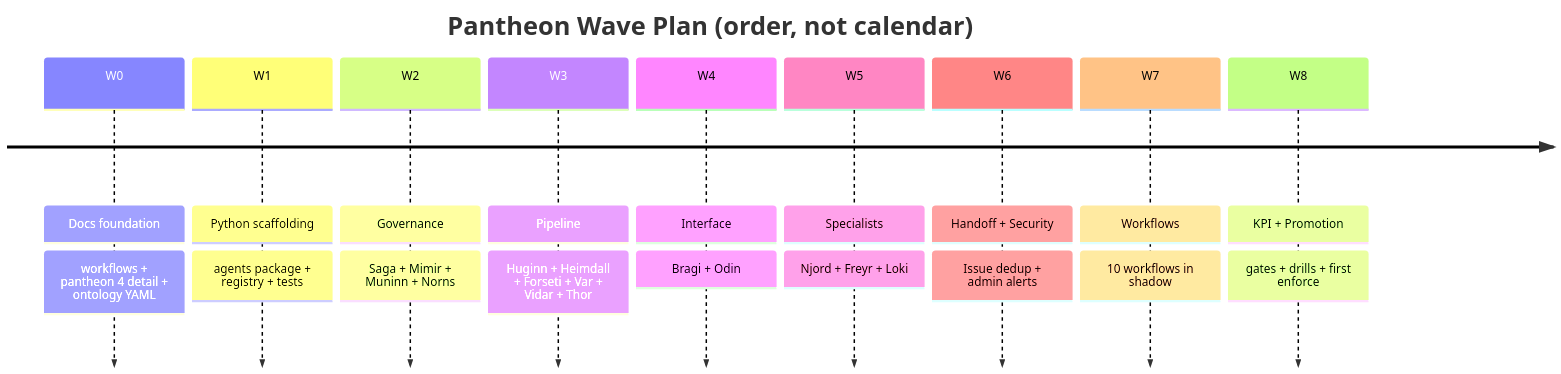
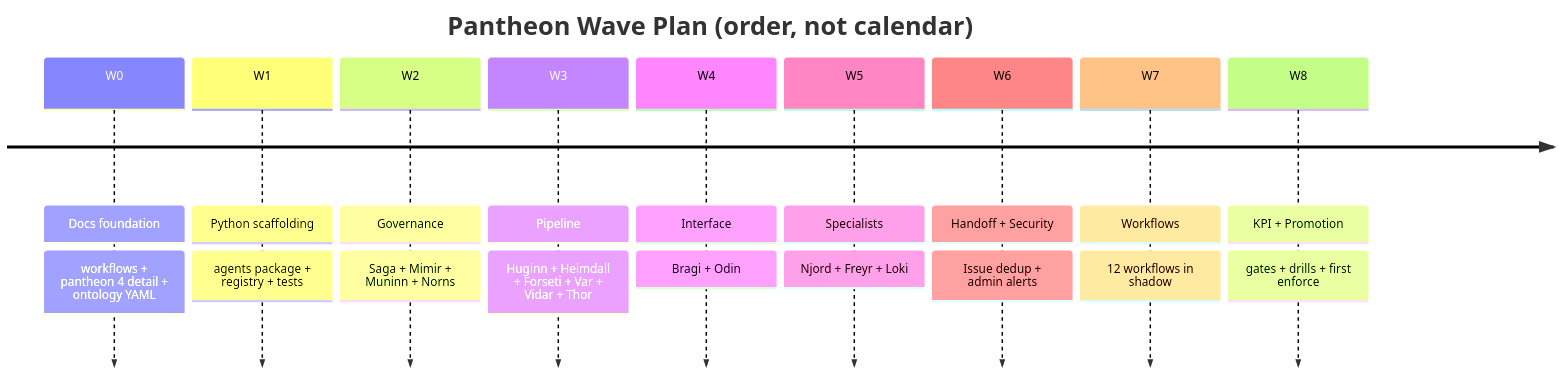
One commit to dotnetpower/fdai changed the diagram in docs/roadmap/agents/agent-pantheon-implementation-ko.md. Above: the diagram before and after it, drawn with Mermaid. The commit also changed other lines of this file and 747 other files, not shown here.

First line of the commit message:
feat: complete governed autonomy roadmap

````diff
--- a/docs/roadmap/agents/agent-pantheon-implementation-ko.md
+++ b/docs/roadmap/agents/agent-pantheon-implementation-ko.md
@@ -815,13 +785,13 @@
 ```mermaid
 timeline
     title Pantheon Wave Plan (order, not calendar)
     W0 : Docs foundation : workflows + pantheon 4 detail + ontology YAML
     W1 : Python scaffolding : agents package + registry + tests
     W2 : Governance : Saga + Mimir + Muninn + Norns
     W3 : Pipeline : Huginn + Heimdall + Forseti + Var + Vidar + Thor
     W4 : Interface : Bragi + Odin
     W5 : Specialists : Njord + Freyr + Loki
     W6 : Handoff + Security : Issue dedup + admin alerts
-    W7 : Workflows : 10 workflows in shadow
+    W7 : Workflows : 12 workflows in shadow
     W8 : KPI + Promotion : gates + drills + first enforce
 ```
````
